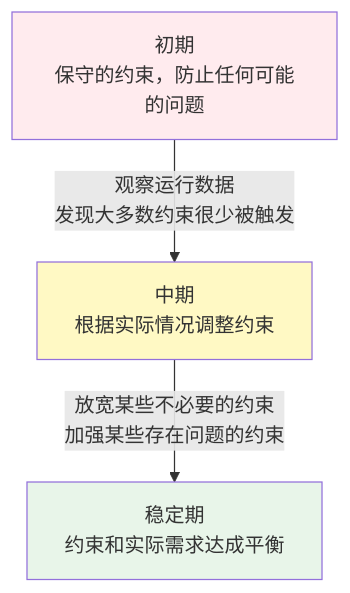
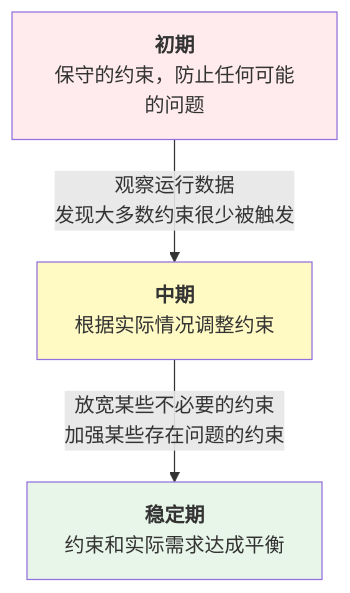
One commit to yeasy/harness_engineering_guide changed the third of 3 diagrams in 03_principles/3.1_constraint_first.md. Above: the diagram before and after it, drawn with Mermaid. The commit also changed other lines of this file and 26 other files, not shown here.

Commit message:
Add bold titles to Mermaid diagram nodes

````diff
--- a/03_principles/3.1_constraint_first.md
+++ b/03_principles/3.1_constraint_first.md
@@ -434,9 +434,9 @@
 ```mermaid
 flowchart TD
-    A["初期<br/>保守的约束，防止任何可能的问题"] -->|观察运行数据<br/>发现大多数约束很少被触发| B["中期<br/>根据实际情况调整约束"]
-    B -->|放宽某些不必要的约束<br/>加强某些存在问题的约束| C["稳定期<br/>约束和实际需求达成平衡"]
+    A["<b>初期</b><br/>保守的约束，防止任何可能的问题"] -->|观察运行数据<br/>发现大多数约束很少被触发| B["<b>中期</b><br/>根据实际情况调整约束"]
+    B -->|放宽某些不必要的约束<br/>加强某些存在问题的约束| C["<b>稳定期</b><br/>约束和实际需求达成平衡"]
 
     style A fill:#ffebee
     style B fill:#fff9c4
     style C fill:#e8f5e9
 ```
````
